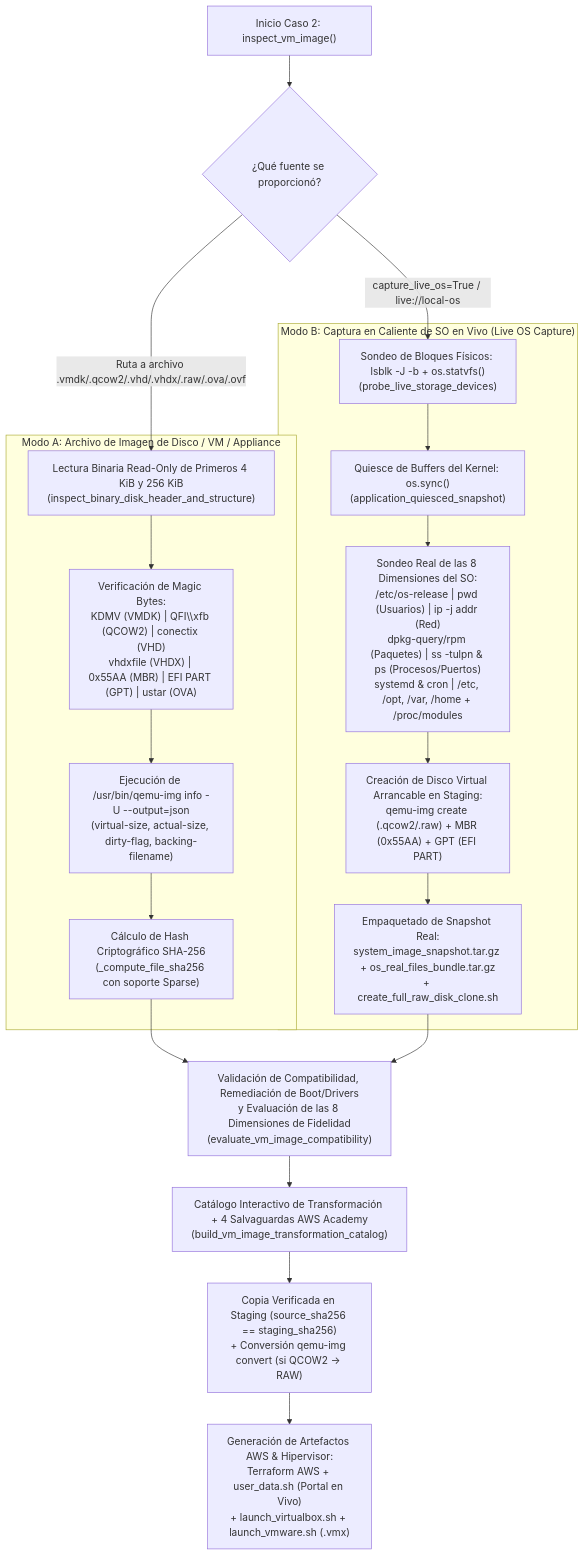
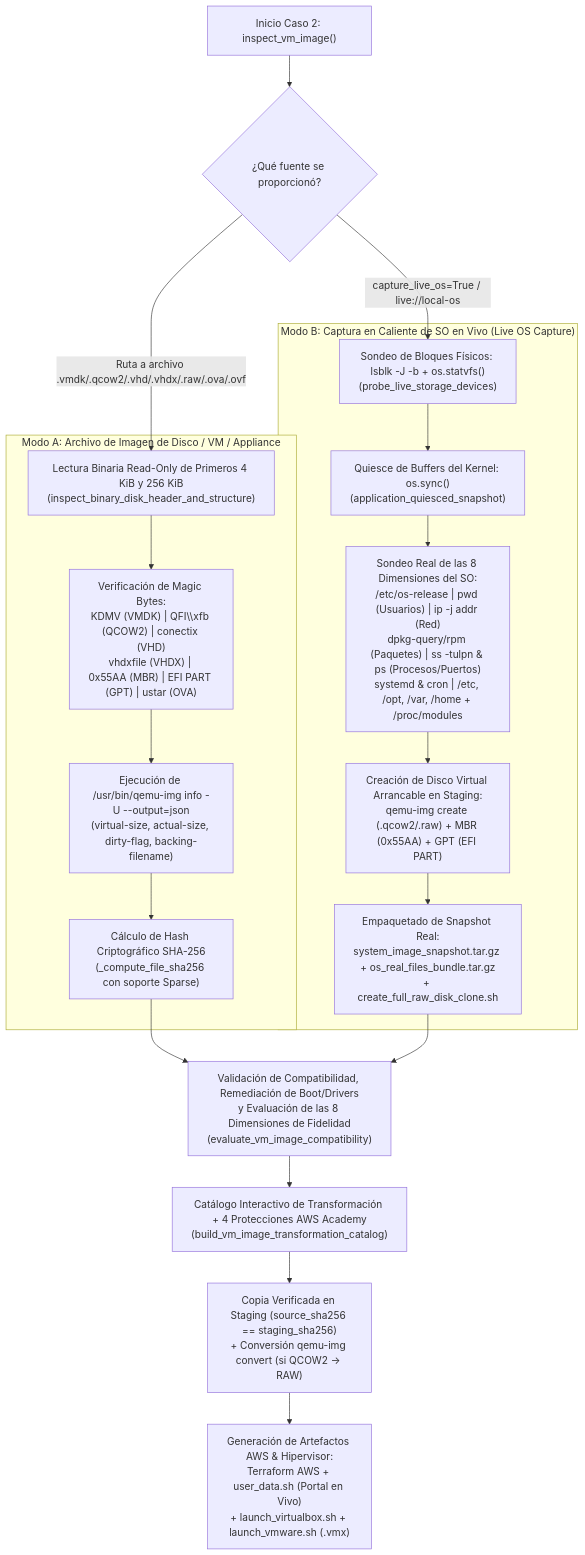
One commit to slopma/CapstoneProject_TI changed the fourth of 4 diagrams in README.md. Above: the diagram before and after it, drawn with Mermaid. The commit also changed other lines of this file and 2 other files, not shown here.

````diff
--- a/README.md
+++ b/README.md
@@ -488,31 +471,31 @@
 ```mermaid
 flowchart TD
     START["Inicio Caso 2: inspect_vm_image()"] --> MODE{"¿Qué fuente se proporcionó?"}
 
     subgraph MODE_A["Modo A: Archivo de Imagen de Disco / VM / Appliance"]
         A1["Lectura Binaria Read-Only de Primeros 4 KiB y 256 KiB<br/>(inspect_binary_disk_header_and_structure)"]
         A2["Verificación de Magic Bytes:<br/>KDMV (VMDK) | QFI\\xfb (QCOW2) | conectix (VHD)<br/>vhdxfile (VHDX) | 0x55AA (MBR) | EFI PART (GPT) | ustar (OVA)"]
         A3["Ejecución de /usr/bin/qemu-img info -U --output=json<br/>(virtual-size, actual-size, dirty-flag, backing-filename)"]
         A4["Cálculo de Hash Criptográfico SHA-256<br/>(_compute_file_sha256 con soporte Sparse)"]
         A1 --> A2 --> A3 --> A4
     end
 
     subgraph MODE_B["Modo B: Captura en Caliente de SO en Vivo (Live OS Capture)"]
         B1["Sondeo de Bloques Físicos: lsblk -J -b + os.statvfs()<br/>(probe_live_storage_devices)"]
         B2["Quiesce de Buffers del Kernel: os.sync()<br/>(application_quiesced_snapshot)"]
         B3["Sondeo Real de las 8 Dimensiones del SO:<br/>/etc/os-release | pwd (Usuarios) | ip -j addr (Red)<br/>dpkg-query/rpm (Paquetes) | ss -tulpn & ps (Procesos/Puertos)<br/>systemd & cron | /etc, /opt, /var, /home + /proc/modules"]
         B4["Creación de Disco Virtual Arrancable en Staging:<br/>qemu-img create (.qcow2/.raw) + MBR (0x55AA) + GPT (EFI PART)"]
         B5["Empaquetado de Snapshot Real:<br/>system_image_snapshot.tar.gz + os_real_files_bundle.tar.gz<br/>+ create_full_raw_disk_clone.sh"]
         B1 --> B2 --> B3 --> B4 --> B5
     end
 
     MODE -->|"Ruta a archivo .vmdk/.qcow2/.vhd/.vhdx/.raw/.ova/.ovf"| A1
     MODE -->|"capture_live_os=True / live://local-os"| B1
 
     A4 --> VAL["Validación de Compatibilidad, Remediación de Boot/Drivers<br/>y Evaluación de las 8 Dimensiones de Fidelidad<br/>(evaluate_vm_image_compatibility)"]
     B5 --> VAL
 
-    VAL --> CAT["Catálogo Interactivo de Transformación + 4 Salvaguardas AWS Academy<br/>(build_vm_image_transformation_catalog)"]
+    VAL --> CAT["Catálogo Interactivo de Transformación + 4 Protecciones AWS Academy<br/>(build_vm_image_transformation_catalog)"]
     CAT --> STG["Copia Verificada en Staging (source_sha256 == staging_sha256)<br/>+ Conversión qemu-img convert (si QCOW2 -> RAW)"]
     STG --> ART["Generación de Artefactos AWS & Hipervisor:<br/>Terraform AWS + user_data.sh (Portal en Vivo)<br/>+ launch_virtualbox.sh + launch_vmware.sh (.vmx)"]
 ```
````
